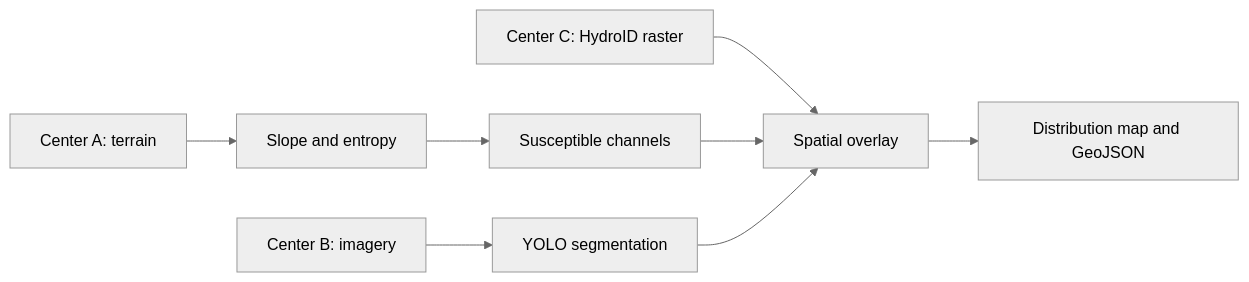
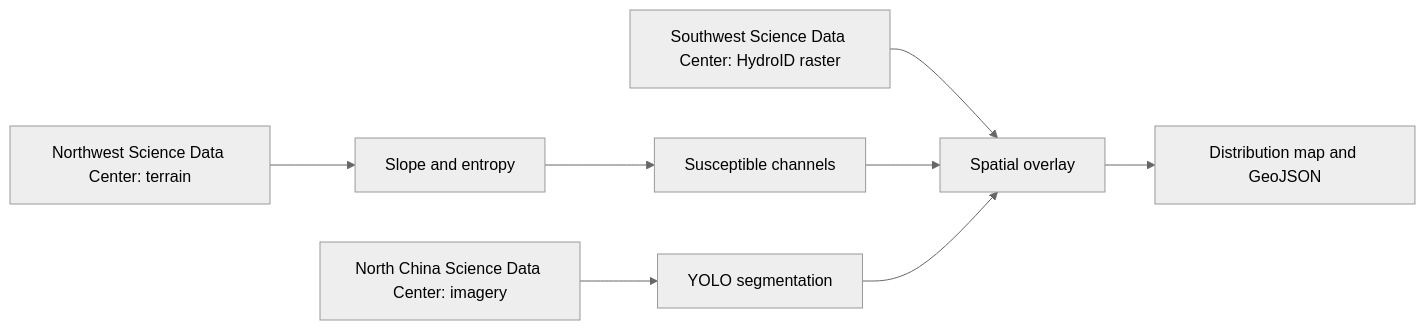
The first of 2 diagrams in docs/cases.md (rdcn-link/conet), drawn with Mermaid (neutral theme) before and after one commit. The commit also changed other lines of this file and 39 other files, not shown here.

````diff
--- a/docs/cases.md
+++ b/docs/cases.md
@@ -15,10 +15,10 @@
 ```mermaid
 flowchart LR
-    A[Center A: terrain] --> S[Slope and entropy]
+    A[Northwest Science Data Center: terrain] --> S[Slope and entropy]
     S --> H[Susceptible channels]
-    B[Center B: imagery] --> Y[YOLO segmentation]
-    C[Center C: HydroID raster] --> O[Spatial overlay]
+    B[North China Science Data Center: imagery] --> Y[YOLO segmentation]
+    C[Southwest Science Data Center: HydroID raster] --> O[Spatial overlay]
     H --> O
     Y --> O
     O --> M[Distribution map and GeoJSON]
 ```
````
